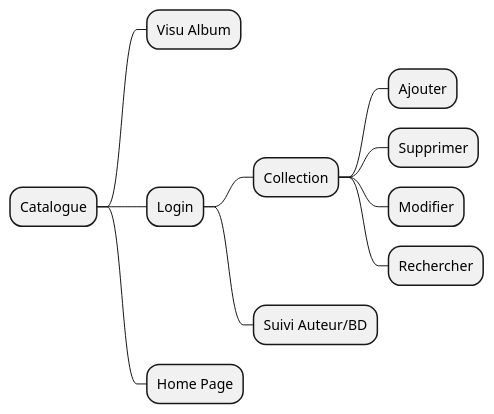
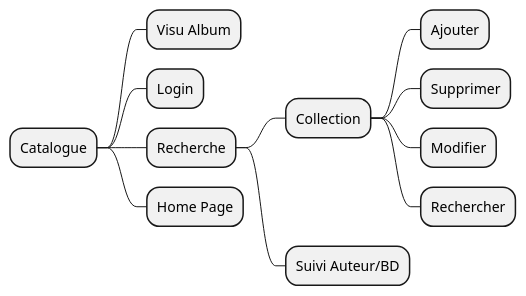
The diagram in spring-bd/mindmap.puml (univ-smb-m1-isc-2021/bdgest-jkl-react), drawn with PlantUML before and after one commit.

Commit message:
init mindmap

```diff
--- a/spring-bd/mindmap.puml
+++ b/spring-bd/mindmap.puml
@@ -1,13 +1,14 @@
 @startmindmap
 * Catalogue
 ** Visu Album
 ** Login
+** Recherche
 *** Collection
 **** Ajouter
 **** Supprimer
 **** Modifier
 **** Rechercher
 
 *** Suivi Auteur/BD
 ** Home Page
 @endmindmap
```
